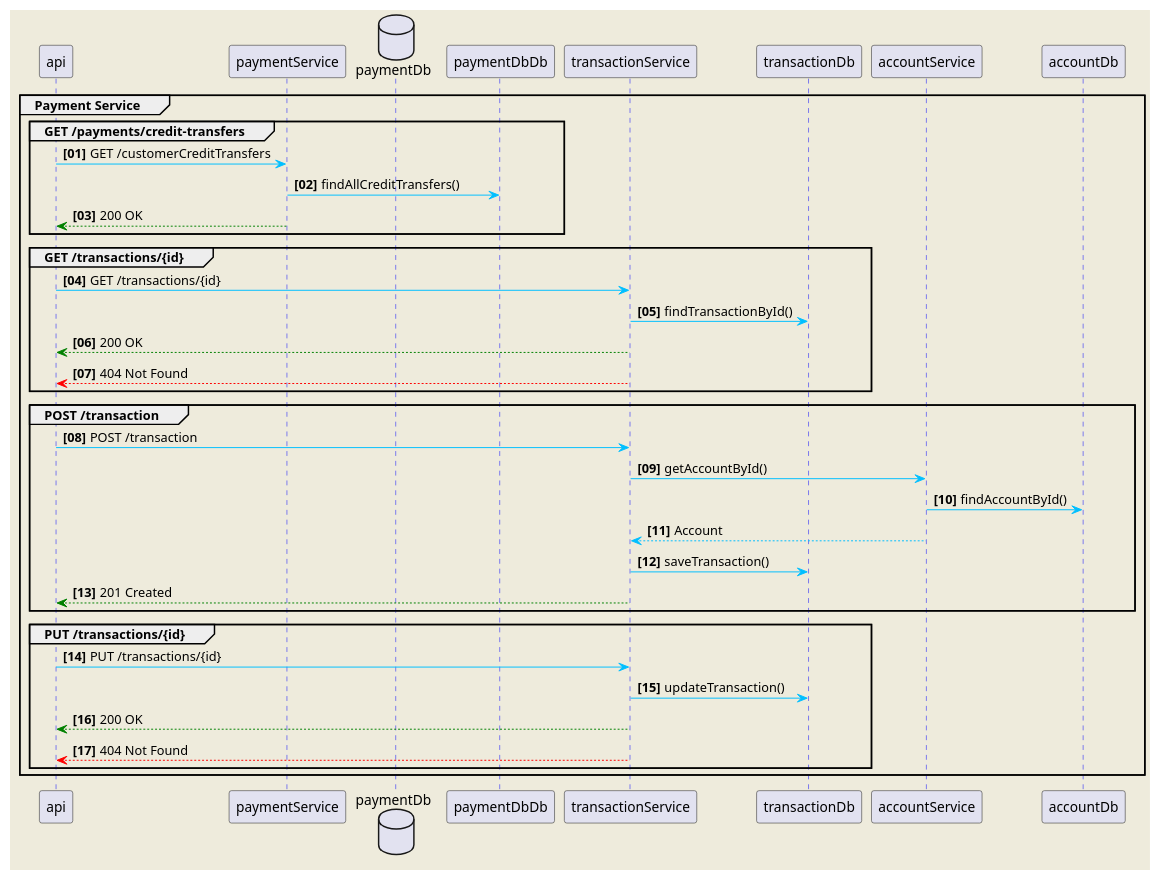
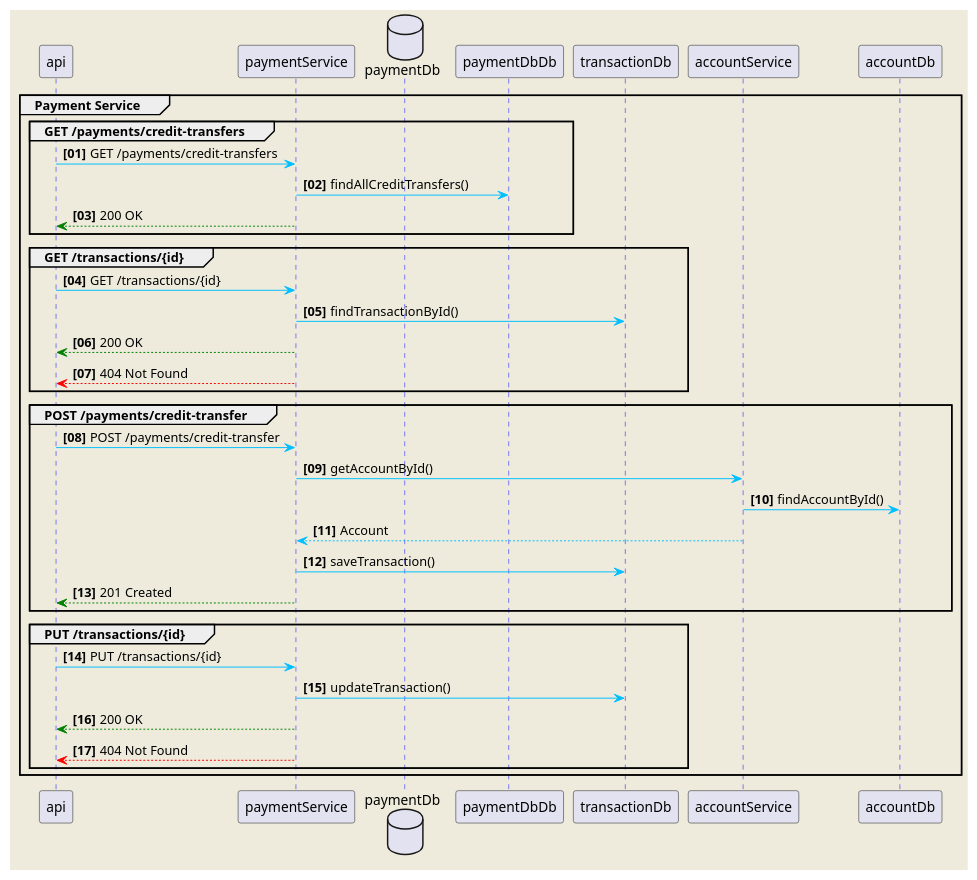
One commit to C0d3N1nJ4/payment-service changed the diagram in docs/payment.plantuml. Above: the diagram before and after it, drawn with PlantUML. The commit also changed 8 other files, not shown here.

Commit message:
Implementing credit transfer service

```diff
--- a/docs/payment.plantuml
+++ b/docs/payment.plantuml
@@ -1,38 +1,38 @@
 @startuml
 skinparam backgroundColor #EEEBDC
 skinparam sequence {
 ArrowColor DeepSkyBlue
 ActorBorderColor DeepSkyBlue
 LifeLineBorderColor blue
 LifeLineBackgroundColor #A9DCDF}
 
 autonumber 1 1 "<b>[00]"
 group Payment Service
     group GET /payments/credit-transfers
-        api -> paymentService: GET /customerCreditTransfers
+        api -> paymentService: GET /payments/credit-transfers
         database    paymentDb    as paymentDb
         paymentService -> paymentDbDb: findAllCreditTransfers()
         api <-[#green]- paymentService: 200 OK
     end
     group GET /transactions/{id}
-        api -> transactionService: GET /transactions/{id}
-        transactionService -> transactionDb: findTransactionById()
-        api <-[#green]- transactionService: 200 OK
-        api <-[#red]- transactionService: 404 Not Found
+        api -> paymentService: GET /transactions/{id}
+        paymentService -> transactionDb: findTransactionById()
+        api <-[#green]- paymentService: 200 OK
+        api <-[#red]- paymentService: 404 Not Found
     end
-    group POST /transaction
-           api -> transactionService: POST /transaction
-            transactionService -> accountService: getAccountById()
+    group POST /payments/credit-transfer
+           api -> paymentService: POST /payments/credit-transfer
+            paymentService -> accountService: getAccountById()
             accountService -> accountDb: findAccountById()
-            accountService --> transactionService: Account
-            transactionService -> transactionDb: saveTransaction()
-            api <-[#green]- transactionService: 201 Created
+            accountService --> paymentService: Account
+            paymentService -> transactionDb: saveTransaction()
+            api <-[#green]- paymentService: 201 Created
     end
     group PUT /transactions/{id}
-        api -> transactionService: PUT /transactions/{id}
-        transactionService -> transactionDb: updateTransaction()
-        api <-[#green]- transactionService: 200 OK
-        api <-[#red]- transactionService: 404 Not Found
+        api -> paymentService: PUT /transactions/{id}
+        paymentService -> transactionDb: updateTransaction()
+        api <-[#green]- paymentService: 200 OK
+        api <-[#red]- paymentService: 404 Not Found
     end
 end
 @enduml
```
